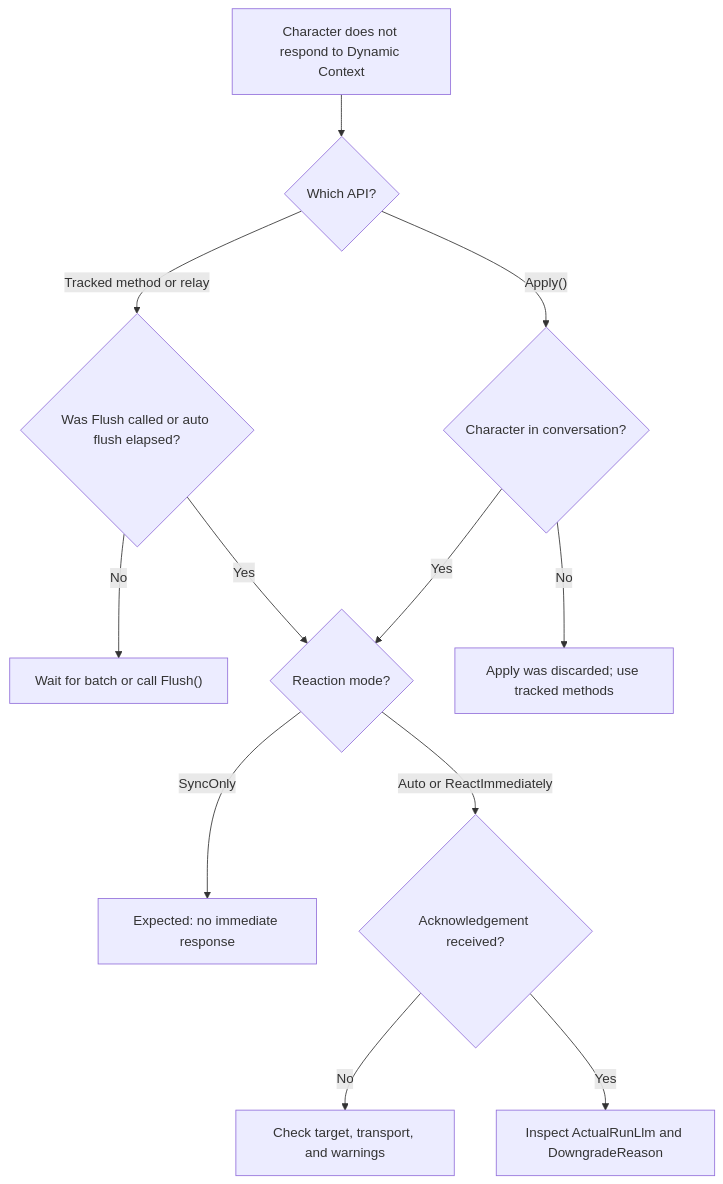
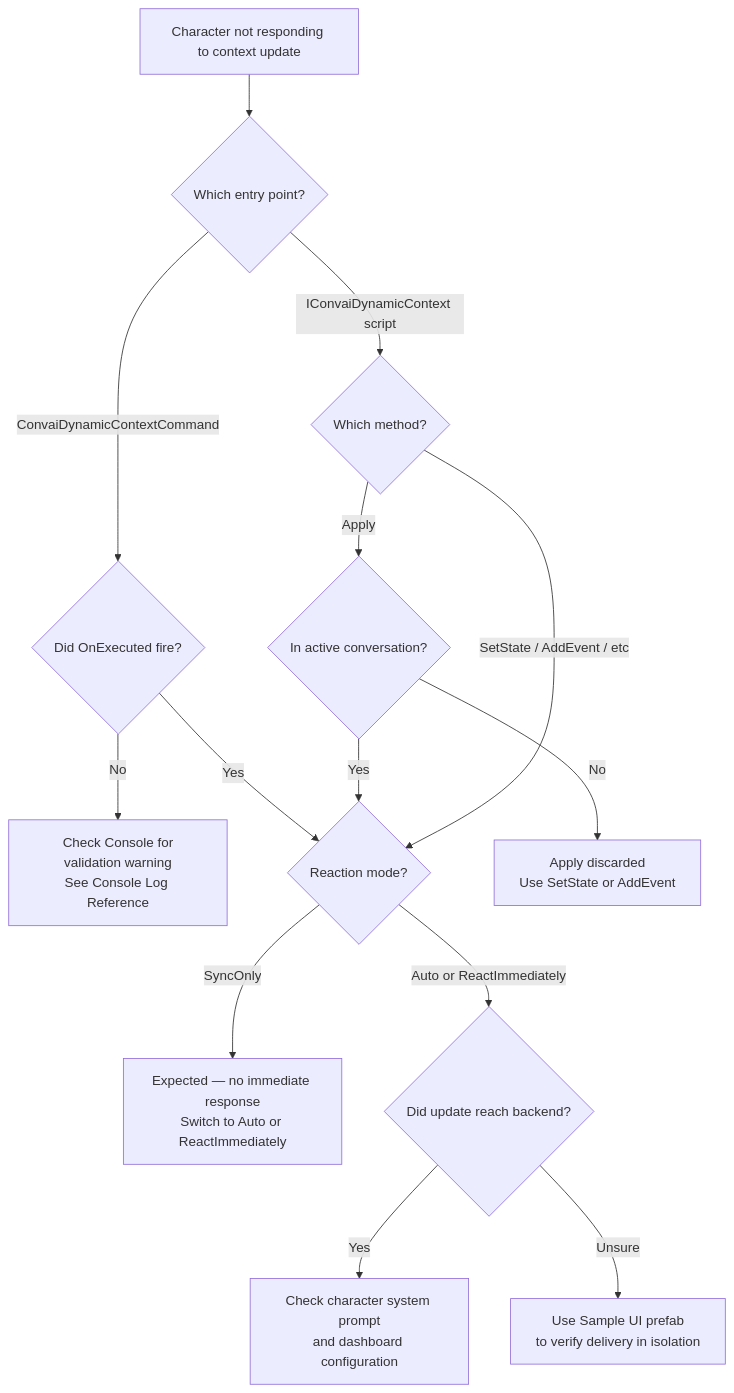
The diagram in plugins-and-integrations/convai-unity-sdk/features/dynamic-context/troubleshoot-dynamic-context.md (Conv-AI/Convai-Documentation), drawn with Mermaid before and after one commit. The commit also changed other lines of this file and 42 other files, not shown here.

````diff
--- a/plugins-and-integrations/convai-unity-sdk/features/dynamic-context/troubleshoot-dynamic-context.md
+++ b/plugins-and-integrations/convai-unity-sdk/features/dynamic-context/troubleshoot-dynamic-context.md
@@ -108,14 +129,16 @@
 ```mermaid
 flowchart TD
-    A["Character does not respond to Dynamic Context"] --> B{"Which API?"}
-    B -- "Tracked method or relay" --> C{"Was Flush called or auto flush elapsed?"}
-    C -- "No" --> D["Wait for batch or call Flush()"]
-    C -- "Yes" --> E{"Reaction mode?"}
-    B -- "Apply()" --> F{"Character in conversation?"}
-    F -- "No" --> G["Apply was discarded; use tracked methods"]
-    F -- "Yes" --> E
-    E -- "SyncOnly" --> H["Expected: no immediate response"]
-    E -- "Auto or ReactImmediately" --> I{"Acknowledgement received?"}
-    I -- "No" --> J["Check target, transport, and warnings"]
-    I -- "Yes" --> K["Inspect ActualRunLlm and DowngradeReason"]
+    A[Character not responding to context update] --> B{Which entry point?}
+    B -- ConvaiDynamicContextCommand --> C{Did OnExecuted fire?}
+    C -- No --> D[Check Console for\nvalidation warning\nSee Console Log Reference]
+    C -- Yes --> E{Reaction mode?}
+    B -- IConvaiDynamicContext script --> F{Which method?}
+    F -- Apply --> G{In active conversation?}
+    G -- No --> H[Apply discarded\nUse SetState or AddEvent]
+    G -- Yes --> E
+    F -- SetState / AddEvent / etc --> E
+    E -- SyncOnly --> I[Expected — no immediate response\nSwitch to Auto or ReactImmediately]
+    E -- Auto or ReactImmediately --> J{Did update reach backend?}
+    J -- Yes --> K[Check character system prompt\nand dashboard configuration]
+    J -- Unsure --> L[Use Sample UI prefab\nto verify delivery in isolation]
 ```
````
